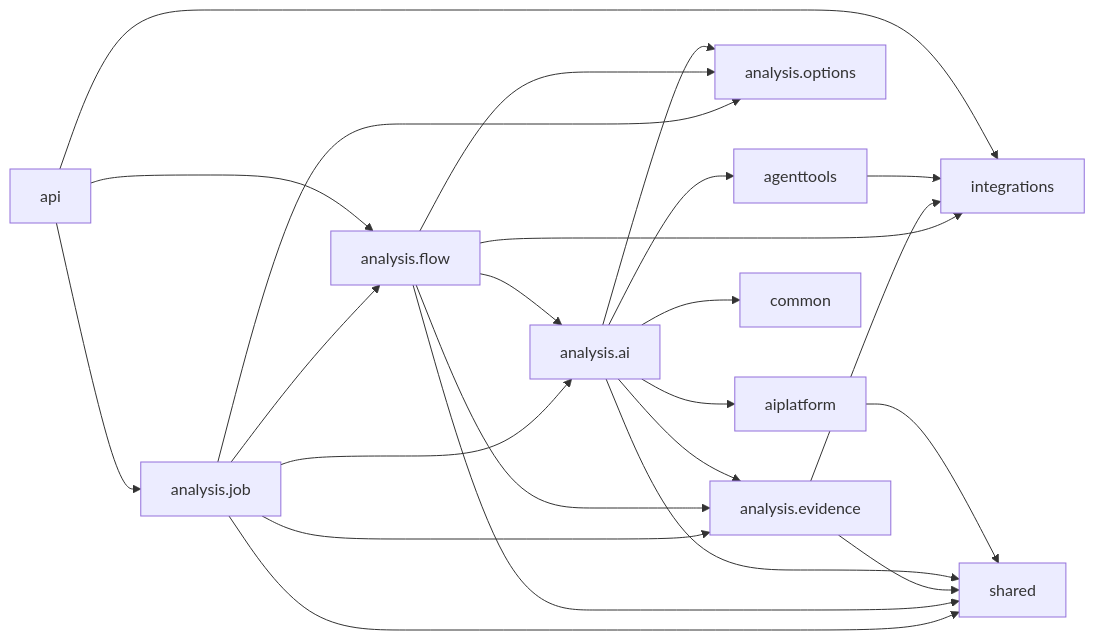
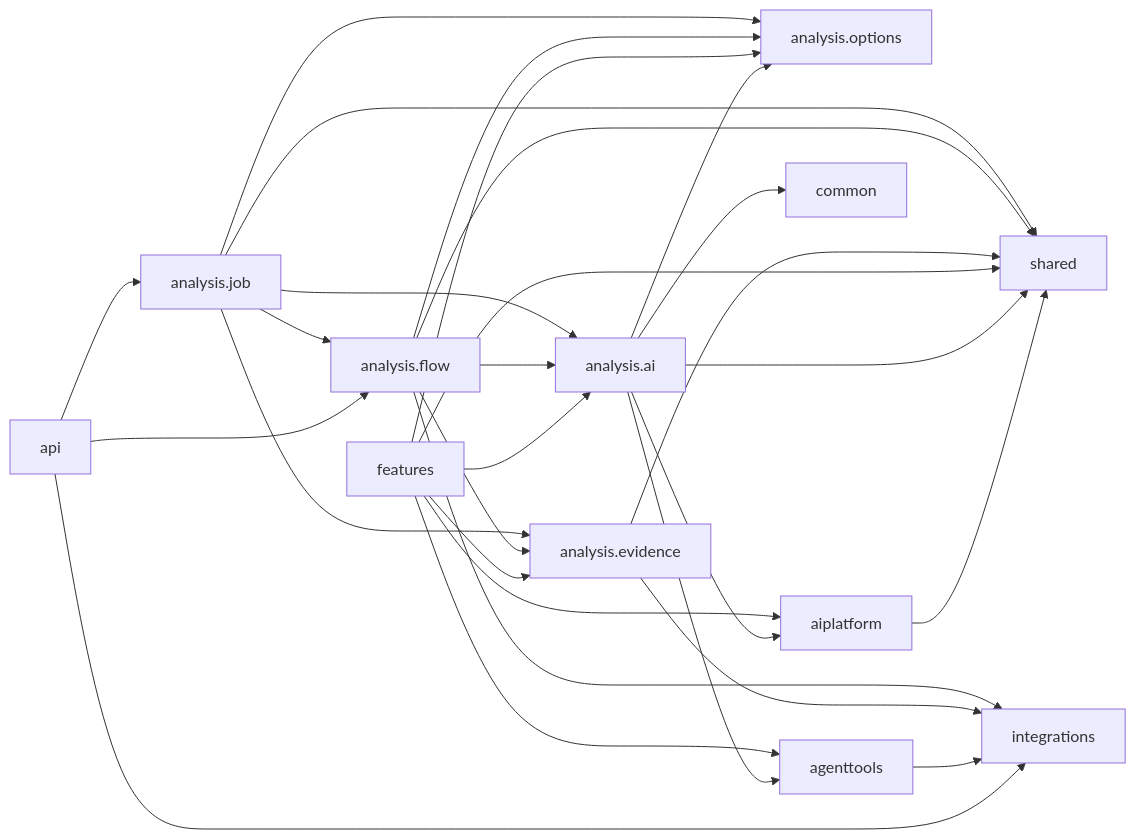
The second of 2 diagrams in docs/architecture/05-package-dependencies.md (herald-assistant/incident-tracker), drawn with Mermaid before and after one commit. The commit also changed other lines of this file and 101 other files, not shown here.

````diff
--- a/docs/architecture/05-package-dependencies.md
+++ b/docs/architecture/05-package-dependencies.md
@@ -135,32 +137,38 @@
 ```mermaid
 flowchart LR
     JOB["analysis.job"] --> FLOW["analysis.flow"]
     JOB --> AI["analysis.ai"]
     JOB --> EVIDENCE["analysis.evidence"]
     JOB --> OPTIONS["analysis.options"]
     JOB --> SHARED["shared"]
 
     FLOW --> EVIDENCE
     FLOW --> AI
     FLOW --> OPTIONS
     FLOW --> INTEGRATIONS["integrations"]
     FLOW --> SHARED
 
     EVIDENCE --> INTEGRATIONS["integrations"]
     EVIDENCE --> SHARED
 
+    FEATURES["features"] --> AI
+    FEATURES --> AIPLATFORM["aiplatform"]
+    FEATURES --> AGENTTOOLS["agenttools"]
+    FEATURES --> EVIDENCE
+    FEATURES --> OPTIONS
+    FEATURES --> SHARED
+
     AI --> AIPLATFORM["aiplatform"]
     AI --> AGENTTOOLS["agenttools"]
-    AI --> EVIDENCE
     AI --> OPTIONS
     AI --> COMMON["common"]
     AI --> SHARED
 
     AIPLATFORM --> SHARED
 
     AGENTTOOLS --> INTEGRATIONS
 
     API["api"] --> INTEGRATIONS
     API --> FLOW
     API --> JOB
 ```
````
